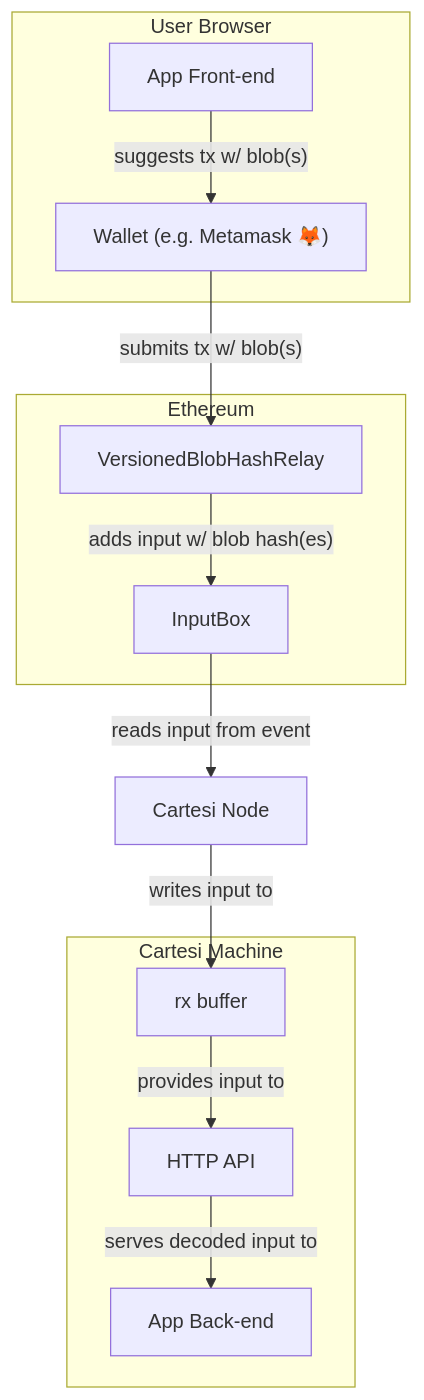
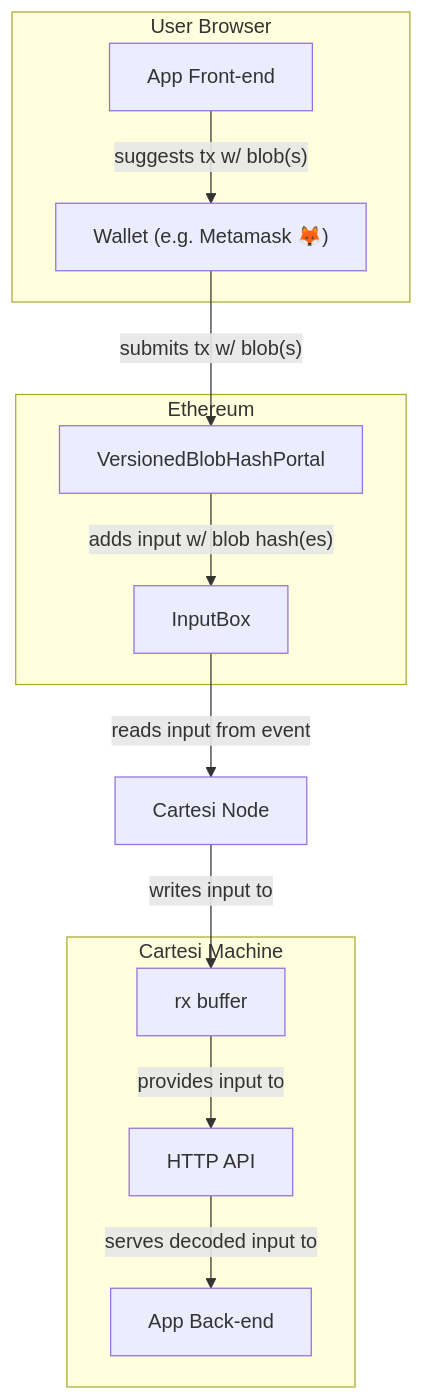
Before and after one commit to guidanoli/cartesi-blobs: the first of 2 diagrams in README.md, drawn with Mermaid. The commit also changed other lines of this file and 5 other files, not shown here.

Commit message:
Rename "relay" as "portal"

````diff
--- a/README.md
+++ b/README.md
@@ -33,29 +33,29 @@
 ```mermaid
 flowchart TB
 
     subgraph Ethereum
-        VersionedBlobHashRelay
+        VersionedBlobHashPortal
         InputBox
     end
 
     subgraph User Browser
         AppFrontend[App Front-end]
         Wallet["Wallet (e.g. Metamask 🦊)"]
     end
 
     CartesiNode[Cartesi Node]
 
     subgraph Cartesi Machine
         rxBuffer[rx buffer]
         HTTPAPI[HTTP API]
         AppBackend[App Back-end]
     end
 
     AppFrontend -- suggests tx w/ blob(s) --> Wallet
-    Wallet -- submits tx w/ blob(s) --> VersionedBlobHashRelay
-    VersionedBlobHashRelay -- adds input w/ blob hash(es) --> InputBox
+    Wallet -- submits tx w/ blob(s) --> VersionedBlobHashPortal
+    VersionedBlobHashPortal -- adds input w/ blob hash(es) --> InputBox
     InputBox -- reads input from event --> CartesiNode
     CartesiNode -- writes input to --> rxBuffer
     rxBuffer -- provides input to --> HTTPAPI
     HTTPAPI -- serves decoded input to --> AppBackend
 ```
````
